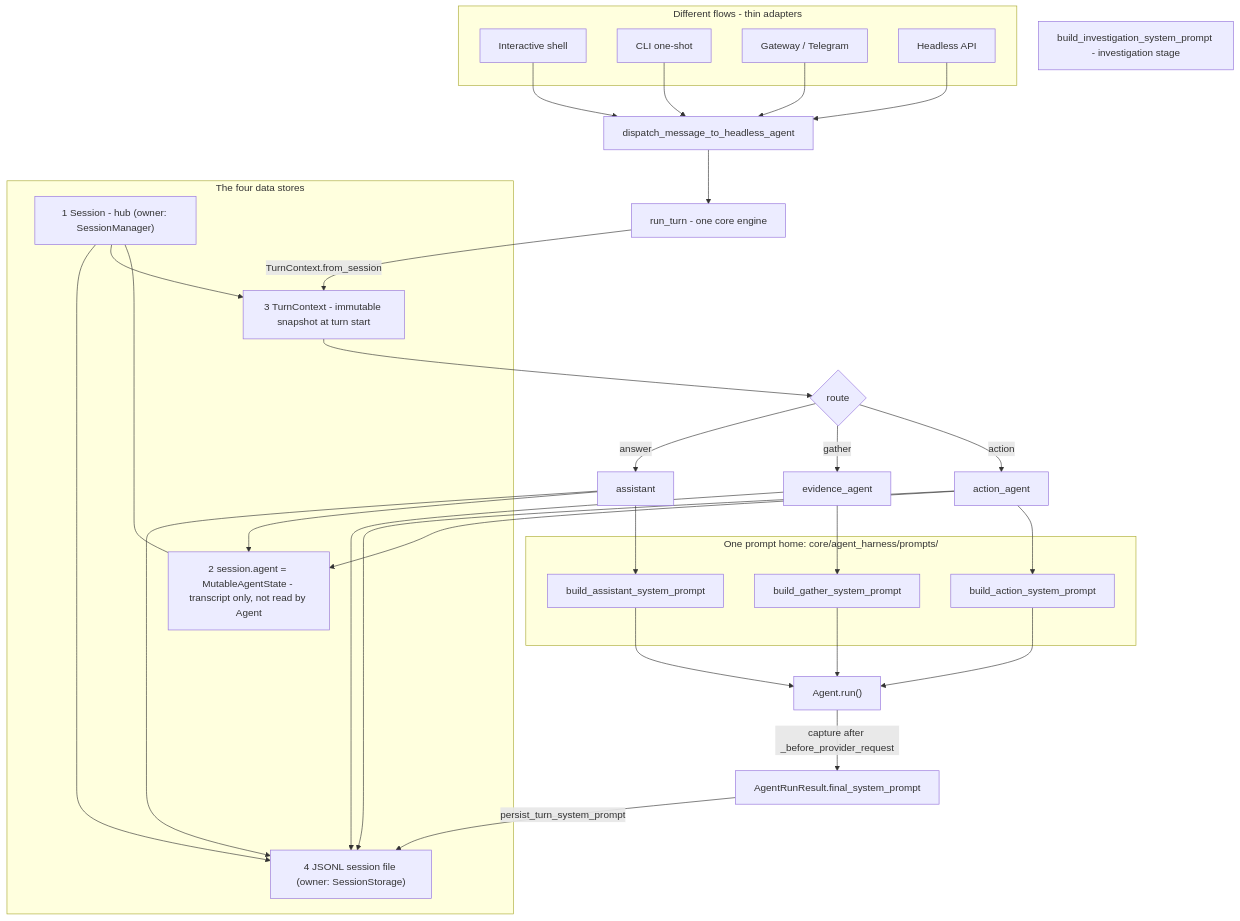
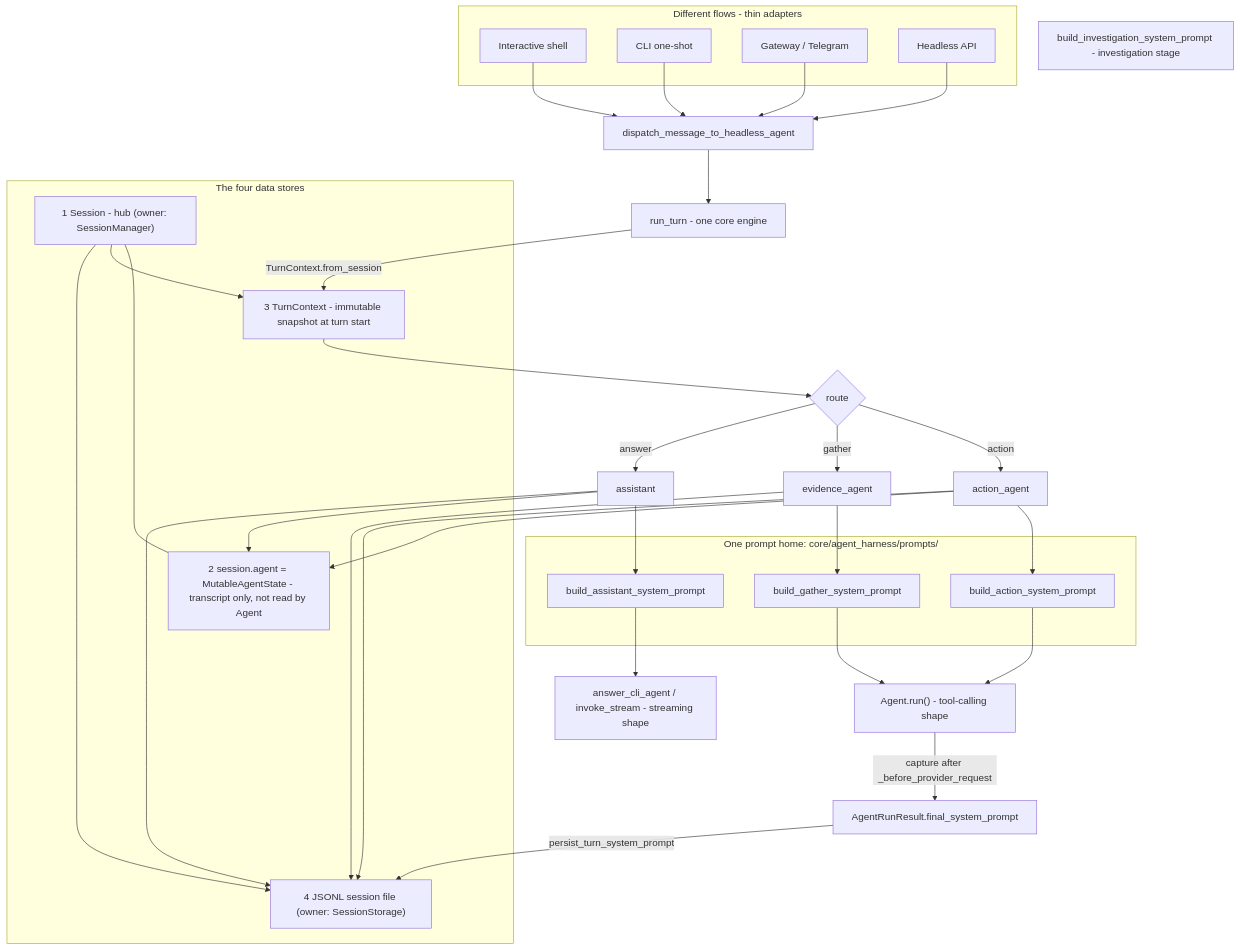
The first of 2 diagrams in docs/agent-context-data-stores.md (Tracer-Cloud/open-sre-agent), drawn with Mermaid before and after one commit. The commit also changed other lines of this file and 9 other files, not shown here.

````diff
--- a/docs/agent-context-data-stores.md
+++ b/docs/agent-context-data-stores.md
@@ -31,54 +31,56 @@
 ```mermaid
 flowchart TB
     subgraph surfaces [Different flows - thin adapters]
         SH[Interactive shell]
         CLI[CLI one-shot]
         GW[Gateway / Telegram]
         HL[Headless API]
     end
     SH --> DISP
     CLI --> DISP
     GW --> DISP
     HL --> DISP
     DISP[dispatch_message_to_headless_agent] --> RT[run_turn - one core engine]
 
     subgraph stores [The four data stores]
         S1["1 Session - hub (owner: SessionManager)"]
         S2["2 session.agent = MutableAgentState - transcript only, not read by Agent"]
         S3["3 TurnContext - immutable snapshot at turn start"]
         S4["4 JSONL session file (owner: SessionStorage)"]
     end
 
     RT -->|TurnContext.from_session| S3
     S1 --- S2
     S1 --> S3
 
     S3 --> ROUTE{route}
     ROUTE -->|action| A1[action_agent]
     ROUTE -->|gather| A2[evidence_agent]
     ROUTE -->|answer| A3[assistant]
 
     subgraph prompts [One prompt home: core/agent_harness/prompts/]
         P1[build_action_system_prompt]
         P2[build_gather_system_prompt]
         P3[build_assistant_system_prompt]
     end
     PI[build_investigation_system_prompt - investigation stage]
 
     A1 --> P1
     A2 --> P2
     A3 --> P3
 
     P1 --> RUN
     P2 --> RUN
-    P3 --> RUN
-    RUN["Agent.run()"] -->|capture after _before_provider_request| FP[AgentRunResult.final_system_prompt]
+    P3 --> STREAM
+
+    RUN["Agent.run() - tool-calling shape"] -->|capture after _before_provider_request| FP[AgentRunResult.final_system_prompt]
+    STREAM["answer_cli_agent / invoke_stream - streaming shape"]
 
     A1 --> S2
     A3 --> S2
     FP -->|persist_turn_system_prompt| S4
     A1 --> S4
     A2 --> S4
     A3 --> S4
     S1 --> S4
 ```
````
